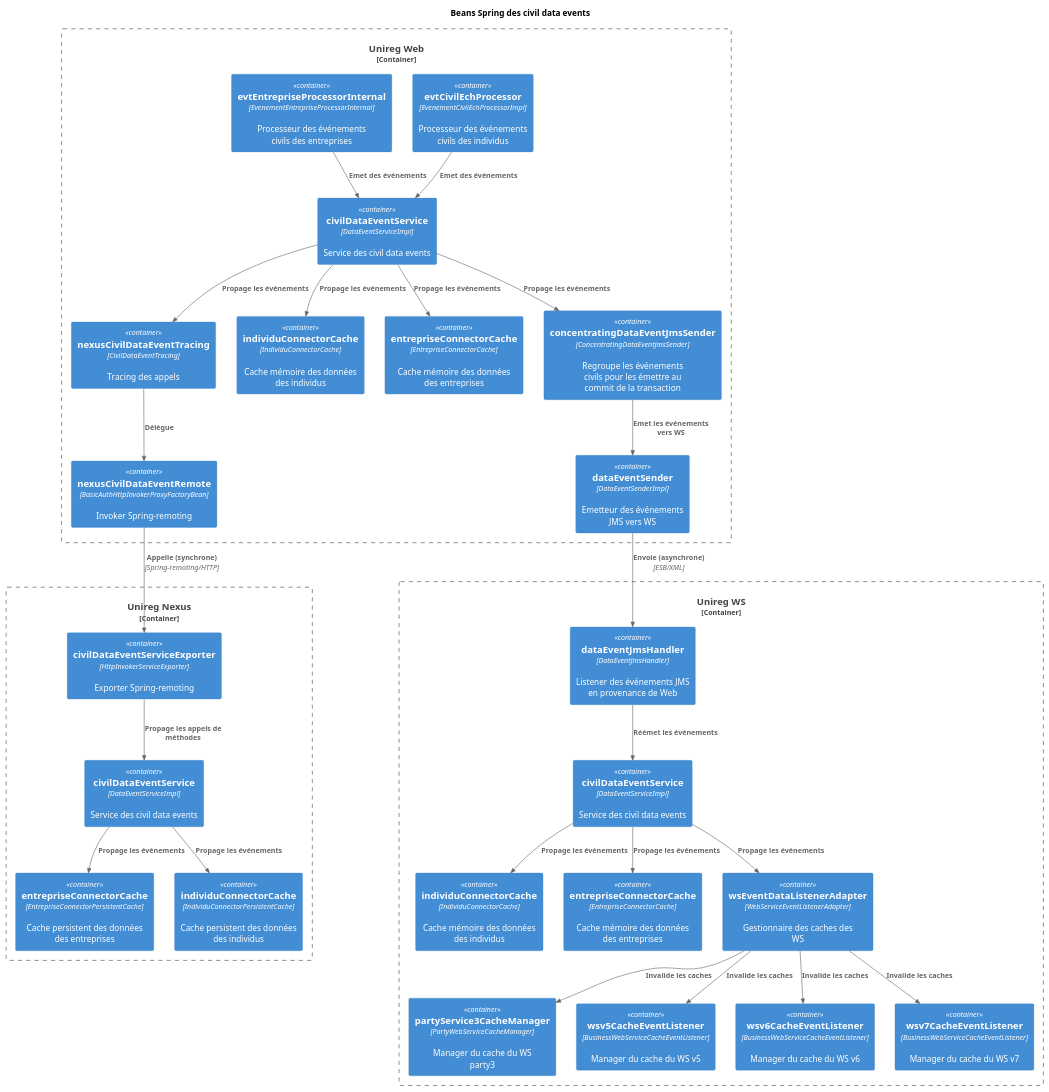
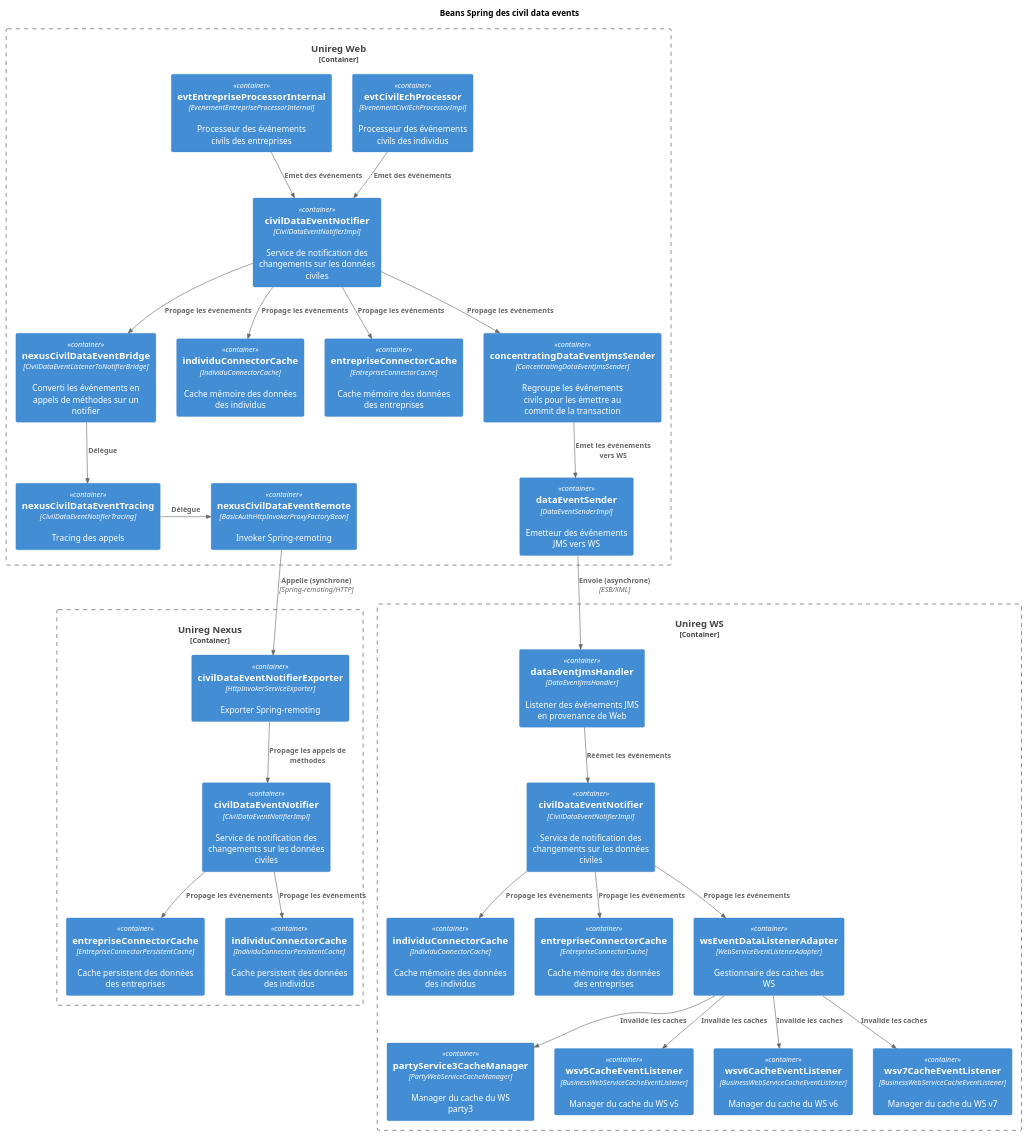
Before and after one commit to dmama/etv-reguni: the diagram in base/doc/diagrams/03_unireg_component_diagram_civil_data_events.puml, drawn with PlantUML. The commit also changed 72 other files, not shown here.

Commit message:
[code cleanup] Renommé les interfaces 'CivilDataEventService' et 'FiscalDataEventService' en 'CivilDataEventNotifier' et 'FiscalDataEventNotifier' pour être plus proche de leurs responsabilités métier.

```diff
--- a/base/doc/diagrams/03_unireg_component_diagram_civil_data_events.puml
+++ b/base/doc/diagrams/03_unireg_component_diagram_civil_data_events.puml
@@ -1,73 +1,75 @@
 @startuml 03_unireg_component_diagram_civil_data_events
 !include c4/C4_Container.puml
 
 title Beans Spring des civil data events
 
 Container_Boundary(uniregWeb, "Unireg Web") {
 
     Container(webEvtCivilEchProcessor, "evtCivilEchProcessor", "EvenementCivilEchProcessorImpl", "Processeur des événements civils des individus")
     Container(webEvtEntrepriseProcessor, "evtEntrepriseProcessorInternal", "EvenementEntrepriseProcessorInternal", "Processeur des événements civils des entreprises")
 
-    Container(webCivilDataEventService, "civilDataEventService", "DataEventServiceImpl", "Service des civil data events")
+    Container(webCivilDataEventNotifier, "civilDataEventNotifier", "CivilDataEventNotifierImpl", "Service de notification des changements sur les données civiles")
 
-	Container(webNexusCivilDataEventTracing, "nexusCivilDataEventTracing", "CivilDataEventTracing", "Tracing des appels")
+	Container(webNexusCivilDataEventBridge, "nexusCivilDataEventBridge", "CivilDataEventListenerToNotifierBridge", "Converti les événements en appels de méthodes sur un notifier")
+	Container(webNexusCivilDataEventTracing, "nexusCivilDataEventTracing", "CivilDataEventNotifierTracing", "Tracing des appels")
     Container(webIndividuConnectorCache, "individuConnectorCache", "IndividuConnectorCache", "Cache mémoire des données des individus")
     Container(webEntrepriseConnectorCache, "entrepriseConnectorCache", "EntrepriseConnectorCache", "Cache mémoire des données des entreprises")
-	Container(webNexusCivilDataEventService, "nexusCivilDataEventRemote", "BasicAuthHttpInvokerProxyFactoryBean", "Invoker Spring-remoting")
+	Container(webNexusCivilDataEventNotifier, "nexusCivilDataEventRemote", "BasicAuthHttpInvokerProxyFactoryBean", "Invoker Spring-remoting")
     Container(webConcentratingDataEventJmsSender, "concentratingDataEventJmsSender", "ConcentratingDataEventJmsSender", "Regroupe les événements civils pour les émettre au commit de la transaction")
     Container(webDataEventSender, "dataEventSender", "DataEventSenderImpl", "Emetteur des événements JMS vers WS")
 
-	Rel(webEvtCivilEchProcessor, webCivilDataEventService, "Emet des événements")
-	Rel(webEvtEntrepriseProcessor, webCivilDataEventService, "Emet des événements")
+	Rel(webEvtCivilEchProcessor, webCivilDataEventNotifier, "Emet des événements")
+	Rel(webEvtEntrepriseProcessor, webCivilDataEventNotifier, "Emet des événements")
 
-	Rel(webCivilDataEventService, webEntrepriseConnectorCache, "Propage les événements")
-	Rel(webCivilDataEventService, webIndividuConnectorCache, "Propage les événements")
-	Rel(webCivilDataEventService, webNexusCivilDataEventTracing, "Propage les événements")
-	Rel(webCivilDataEventService, webConcentratingDataEventJmsSender, "Propage les événements")
+	Rel(webCivilDataEventNotifier, webNexusCivilDataEventBridge, "Propage les événements")
+	Rel(webCivilDataEventNotifier, webEntrepriseConnectorCache, "Propage les événements")
+	Rel(webCivilDataEventNotifier, webIndividuConnectorCache, "Propage les événements")
+	Rel(webCivilDataEventNotifier, webConcentratingDataEventJmsSender, "Propage les événements")
 
-	Rel(webNexusCivilDataEventTracing, webNexusCivilDataEventService, "Délègue")
+	Rel(webNexusCivilDataEventBridge, webNexusCivilDataEventTracing, "Délègue")
+	Rel_R(webNexusCivilDataEventTracing, webNexusCivilDataEventNotifier, "Délègue")
 
 	Rel(webConcentratingDataEventJmsSender, webDataEventSender, "Emet les événements vers WS")
 }
 
 Container_Boundary(uniregNexus, "Unireg Nexus") {
 
-    Container(nexusCivilDataEventRemoteExporter, "civilDataEventServiceExporter", "HttpInvokerServiceExporter", "Exporter Spring-remoting")
-	Container(nexusCivilDataEventService, "civilDataEventService", "DataEventServiceImpl", "Service des civil data events")
+    Container(nexusCivilDataEventRemoteExporter, "civilDataEventNotifierExporter", "HttpInvokerServiceExporter", "Exporter Spring-remoting")
+	Container(nexusCivilDataEventNotifier, "civilDataEventNotifier", "CivilDataEventNotifierImpl", "Service de notification des changements sur les données civiles")
     Container(nexusEntrepriseConnectorCache, "entrepriseConnectorCache", "EntrepriseConnectorPersistentCache", "Cache persistent des données des entreprises")
     Container(nexuIndividuConnectorCache, "individuConnectorCache", "IndividuConnectorPersistentCache", "Cache persistent des données des individus")
 
 
-	Rel(nexusCivilDataEventRemoteExporter, nexusCivilDataEventService, "Propage les appels de méthodes")
-	Rel(nexusCivilDataEventService, nexusEntrepriseConnectorCache, "Propage les événements")
-	Rel(nexusCivilDataEventService, nexuIndividuConnectorCache, "Propage les événements")
+	Rel(nexusCivilDataEventRemoteExporter, nexusCivilDataEventNotifier, "Propage les appels de méthodes")
+	Rel(nexusCivilDataEventNotifier, nexusEntrepriseConnectorCache, "Propage les événements")
+	Rel(nexusCivilDataEventNotifier, nexuIndividuConnectorCache, "Propage les événements")
 }
 
 Container_Boundary(uniregWS, "Unireg WS") {
 
     Container(wsDataEventJmsHandler, "dataEventJmsHandler", "DataEventJmsHandler", "Listener des événements JMS en provenance de Web")
-	Container(wsCivilDataEventService, "civilDataEventService", "DataEventServiceImpl", "Service des civil data events")
+	Container(wsCivilDataEventNotifier, "civilDataEventNotifier", "CivilDataEventNotifierImpl", "Service de notification des changements sur les données civiles")
 
     Container(wsIndividuConnectorCache, "individuConnectorCache", "IndividuConnectorCache", "Cache mémoire des données des individus")
     Container(wsEntrepriseConnectorCache, "entrepriseConnectorCache", "EntrepriseConnectorCache", "Cache mémoire des données des entreprises")
     Container(wsEventDataListenerAdapter, "wsEventDataListenerAdapter", "WebServiceEventListenerAdapter", "Gestionnaire des caches des WS")
 
     Container(wsPartyService3CacheManager, "partyService3CacheManager", "PartyWebServiceCacheManager", "Manager du cache du WS party3")
     Container(wsv5CacheEventListener, "wsv5CacheEventListener", "BusinessWebServiceCacheEventListener", "Manager du cache du WS v5")
     Container(wsv6CacheEventListener, "wsv6CacheEventListener", "BusinessWebServiceCacheEventListener", "Manager du cache du WS v6")
     Container(wsv7CacheEventListener, "wsv7CacheEventListener", "BusinessWebServiceCacheEventListener", "Manager du cache du WS v7")
 
-	Rel(wsDataEventJmsHandler, wsCivilDataEventService, "Réémet les événements")
-	Rel(wsCivilDataEventService, wsEventDataListenerAdapter, "Propage les événements")
-	Rel(wsCivilDataEventService, wsIndividuConnectorCache, "Propage les événements")
-	Rel(wsCivilDataEventService, wsEntrepriseConnectorCache, "Propage les événements")
+	Rel(wsDataEventJmsHandler, wsCivilDataEventNotifier, "Réémet les événements")
+	Rel(wsCivilDataEventNotifier, wsEventDataListenerAdapter, "Propage les événements")
+	Rel(wsCivilDataEventNotifier, wsIndividuConnectorCache, "Propage les événements")
+	Rel(wsCivilDataEventNotifier, wsEntrepriseConnectorCache, "Propage les événements")
 	Rel(wsEventDataListenerAdapter, wsPartyService3CacheManager, "Invalide les caches")
 	Rel(wsEventDataListenerAdapter, wsv5CacheEventListener, "Invalide les caches")
 	Rel(wsEventDataListenerAdapter, wsv6CacheEventListener, "Invalide les caches")
 	Rel(wsEventDataListenerAdapter, wsv7CacheEventListener, "Invalide les caches")
 }
 
-Rel_D(webNexusCivilDataEventService, nexusCivilDataEventRemoteExporter, "Appelle (synchrone)", "Spring-remoting/HTTP")
+Rel_D(webNexusCivilDataEventNotifier, nexusCivilDataEventRemoteExporter, "Appelle (synchrone)", "Spring-remoting/HTTP")
 Rel_D(webDataEventSender, wsDataEventJmsHandler, "Envoie (asynchrone)", "ESB/XML")
 
 @enduml
```
